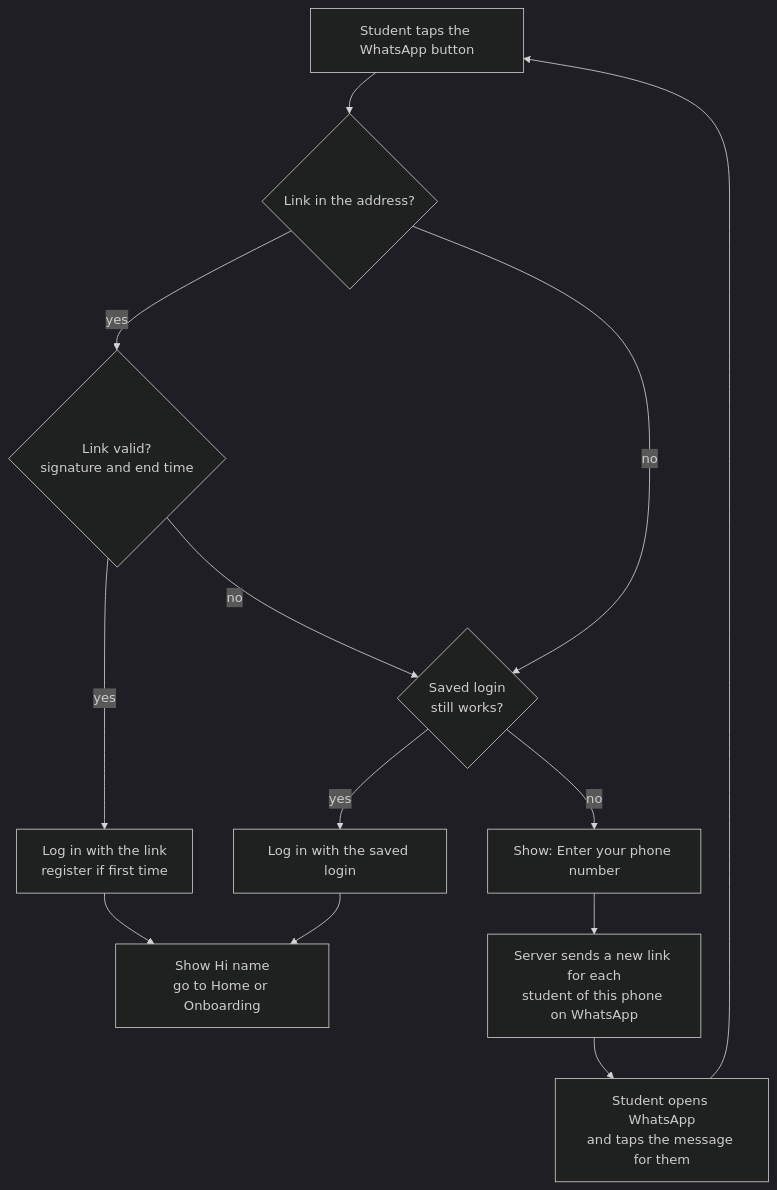
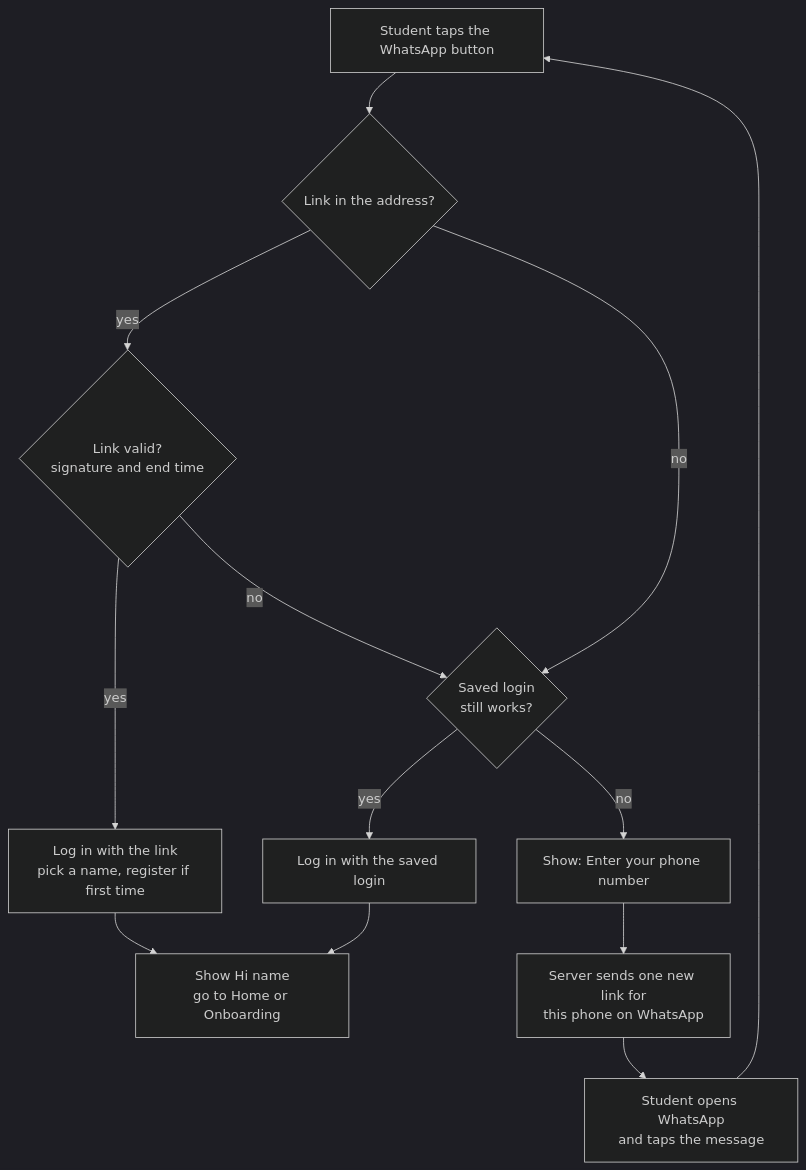
One commit to theapprenticeproject/flutter_native_webapp changed the second of 3 diagrams in documentation/whatsapp-link-login.md. Above: the diagram before and after it, drawn with Mermaid (dark theme). The commit also changed other lines of this file and 3 other files, not shown here.

````diff
--- a/documentation/whatsapp-link-login.md
+++ b/documentation/whatsapp-link-login.md
@@ -241,15 +262,15 @@
 ```mermaid
 flowchart TD
   A[Student taps the WhatsApp button] --> B{Link in the address?}
   B -- yes --> C{Link valid?<br/>signature and end time}
   B -- no --> E
-  C -- yes --> D[Log in with the link<br/>register if first time]
+  C -- yes --> D[Log in with the link<br/>pick a name, register if first time]
   C -- no --> E{Saved login<br/>still works?}
   E -- yes --> F[Log in with the saved login]
   E -- no --> G[Show: Enter your phone number]
   D --> I[Show Hi name<br/>go to Home or Onboarding]
   F --> I
-  G --> K[Server sends a new link for each<br/>student of this phone on WhatsApp]
-  K --> L[Student opens WhatsApp<br/>and taps the message for them]
+  G --> K[Server sends one new link for<br/>this phone on WhatsApp]
+  K --> L[Student opens WhatsApp<br/>and taps the message]
   L --> A
 ```
````
